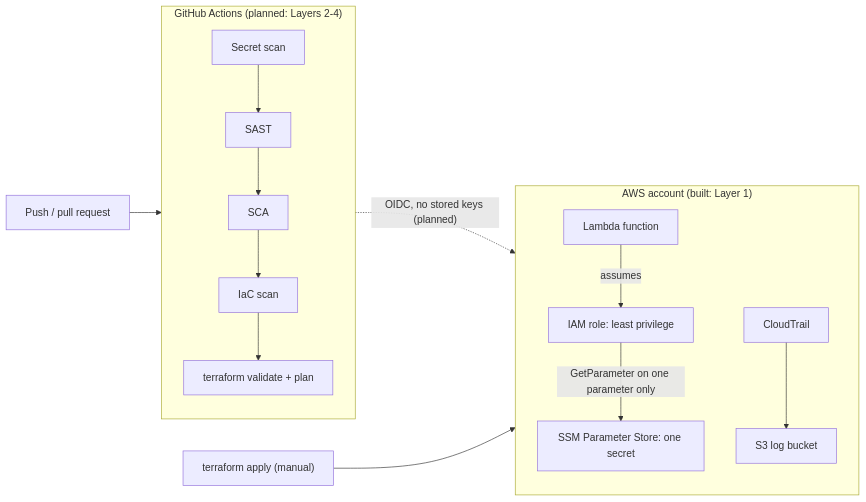
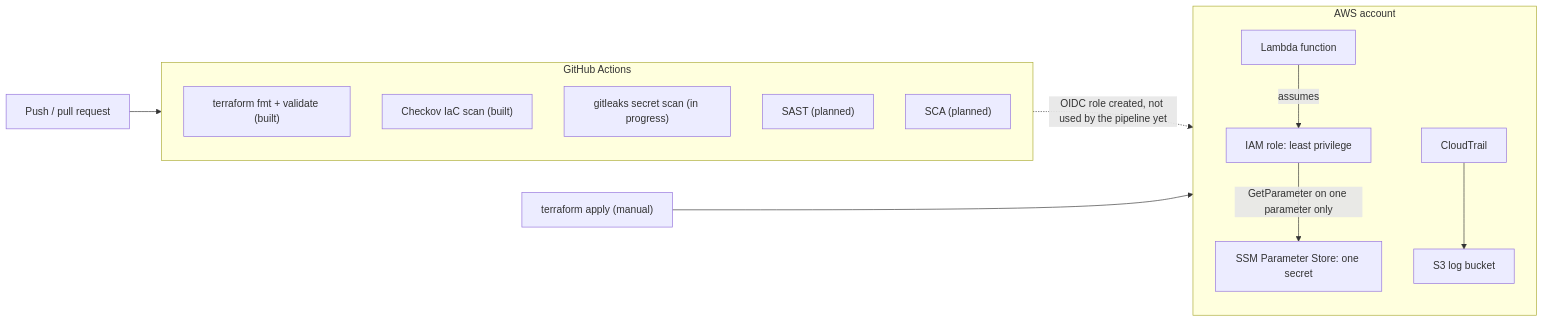
Before and after one commit to usman9856/cloud-security-pipeline: the diagram in README.md, drawn with Mermaid. The commit also changed other lines of this file, not shown here.

````diff
--- a/README.md
+++ b/README.md
@@ -30,16 +34,20 @@
 ```mermaid
 flowchart LR
     dev["Push / pull request"] --> gha
-    subgraph gha["GitHub Actions (planned: Layers 2-4)"]
+    subgraph gha["GitHub Actions"]
         direction TB
-        s1["Secret scan"] --> s2["SAST"] --> s3["SCA"] --> s4["IaC scan"] --> s5["terraform validate + plan"]
+        s1["terraform fmt + validate (built)"]
+        s2["Checkov IaC scan (built)"]
+        s3["gitleaks secret scan (in progress)"]
+        s4["SAST (planned)"]
+        s5["SCA (planned)"]
     end
-    gha -. "OIDC, no stored keys (planned)" .-> aws
+    gha -. "OIDC role created, not used by the pipeline yet" .-> aws
     manual["terraform apply (manual)"] --> aws
-    subgraph aws["AWS account (built: Layer 1)"]
+    subgraph aws["AWS account"]
         direction TB
         fn["Lambda function"] -- "assumes" --> role["IAM role: least privilege"]
         role -- "GetParameter on one parameter only" --> ssm["SSM Parameter Store: one secret"]
         trail["CloudTrail"] --> bucket["S3 log bucket"]
     end
 ```
````
